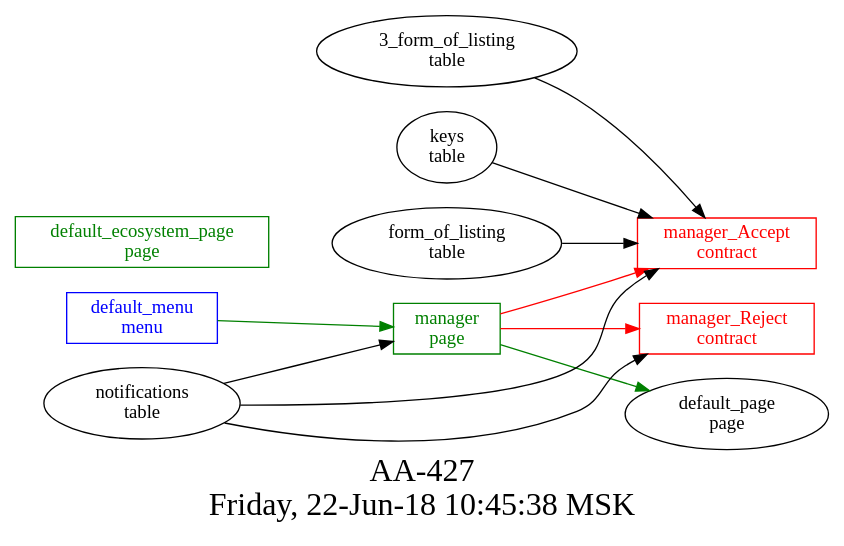
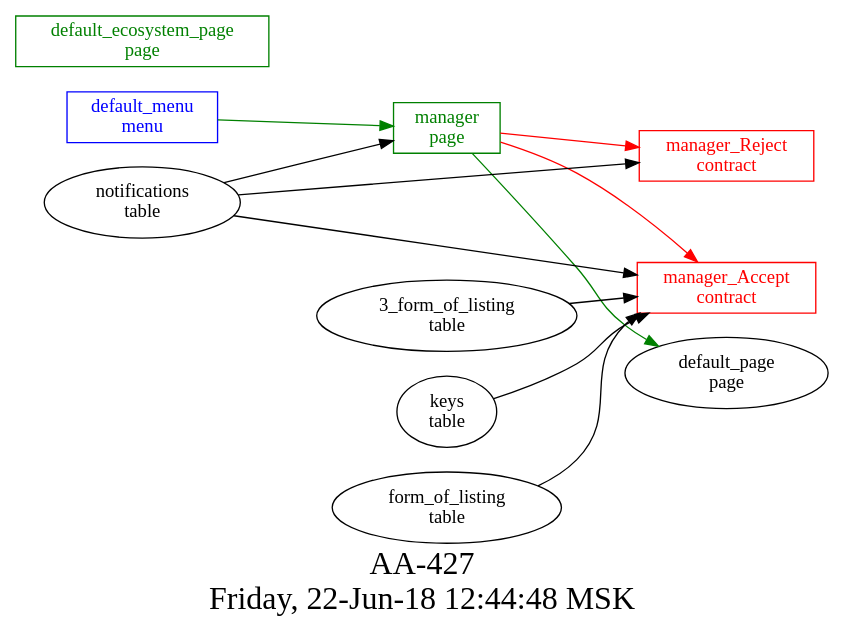
One commit to AplaProject/apps changed the diagram in src/AA-427/struct.dot. Above: the diagram before and after it, drawn with Graphviz. The commit also changed 2 other files, not shown here.

Commit message:
fixed reject-accept

```diff
--- a/src/AA-427/struct.dot
+++ b/src/AA-427/struct.dot
@@ -1,25 +1,25 @@
 digraph G {
 graph [
   fontsize="24";
-  label="AA-427\nFriday, 22-Jun-18 10:45:38 MSK";
+  label="AA-427\nFriday, 22-Jun-18 12:44:48 MSK";
   nojustify=true;
   ordering=out;
   rankdir=LR;
   size="30";
 ];
 "default_menu\nmenu" -> "manager\npage"  [ color=green ]
 "default_menu\nmenu" [color=blue, fontcolor=blue, group=menus, shape=record];
 "default_ecosystem_page\npage" [color=green, fontcolor=green, group=pages, shape=record];
+"manager\npage" -> "manager_Reject\ncontract"  [ color=red ]
 "manager\npage" -> "manager_Accept\ncontract"  [ color=red ]
-"manager\npage" -> "manager_Reject\ncontract"  [ color=red ]
 "notifications\ntable" -> "manager\npage"
 "manager\npage" -> "default_page\npage"  [ color=green ]
 "manager\npage" [color=green, fontcolor=green, group=pages, shape=record];
 "3_form_of_listing\ntable" -> "manager_Accept\ncontract"
 "notifications\ntable" -> "manager_Accept\ncontract"
 "keys\ntable" -> "manager_Accept\ncontract"
 "form_of_listing\ntable" -> "manager_Accept\ncontract"
 "manager_Accept\ncontract" [color=red, fontcolor=red, group=contracts, shape=record];
 "notifications\ntable" -> "manager_Reject\ncontract"
 "manager_Reject\ncontract" [color=red, fontcolor=red, group=contracts, shape=record];
 }
```
